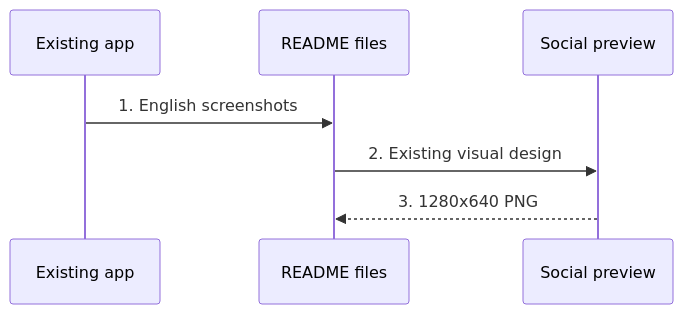
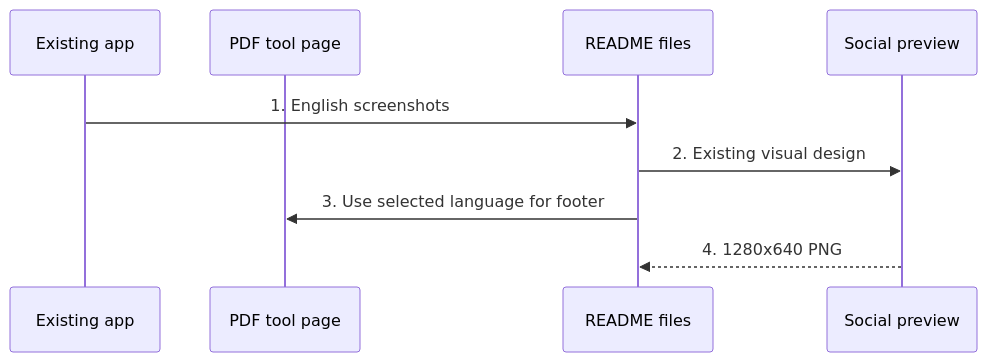
Before and after one commit to paladini/i-love-open-converter: the diagram in .specs/features/readme-english-refresh/plan.md, drawn with Mermaid. The commit also changed other lines of this file and 6 other files, not shown here.

````diff
--- a/.specs/features/readme-english-refresh/plan.md
+++ b/.specs/features/readme-english-refresh/plan.md
@@ -22,9 +23,11 @@
 ```mermaid
 sequenceDiagram
     participant App as Existing app
+    participant Pdf as PDF tool page
     participant Docs as README files
     participant Preview as Social preview
     App->>Docs: 1. English screenshots
     Docs->>Preview: 2. Existing visual design
-    Preview-->>Docs: 3. 1280x640 PNG
+    Docs->>Pdf: 3. Use selected language for footer
+    Preview-->>Docs: 4. 1280x640 PNG
 ```
````
